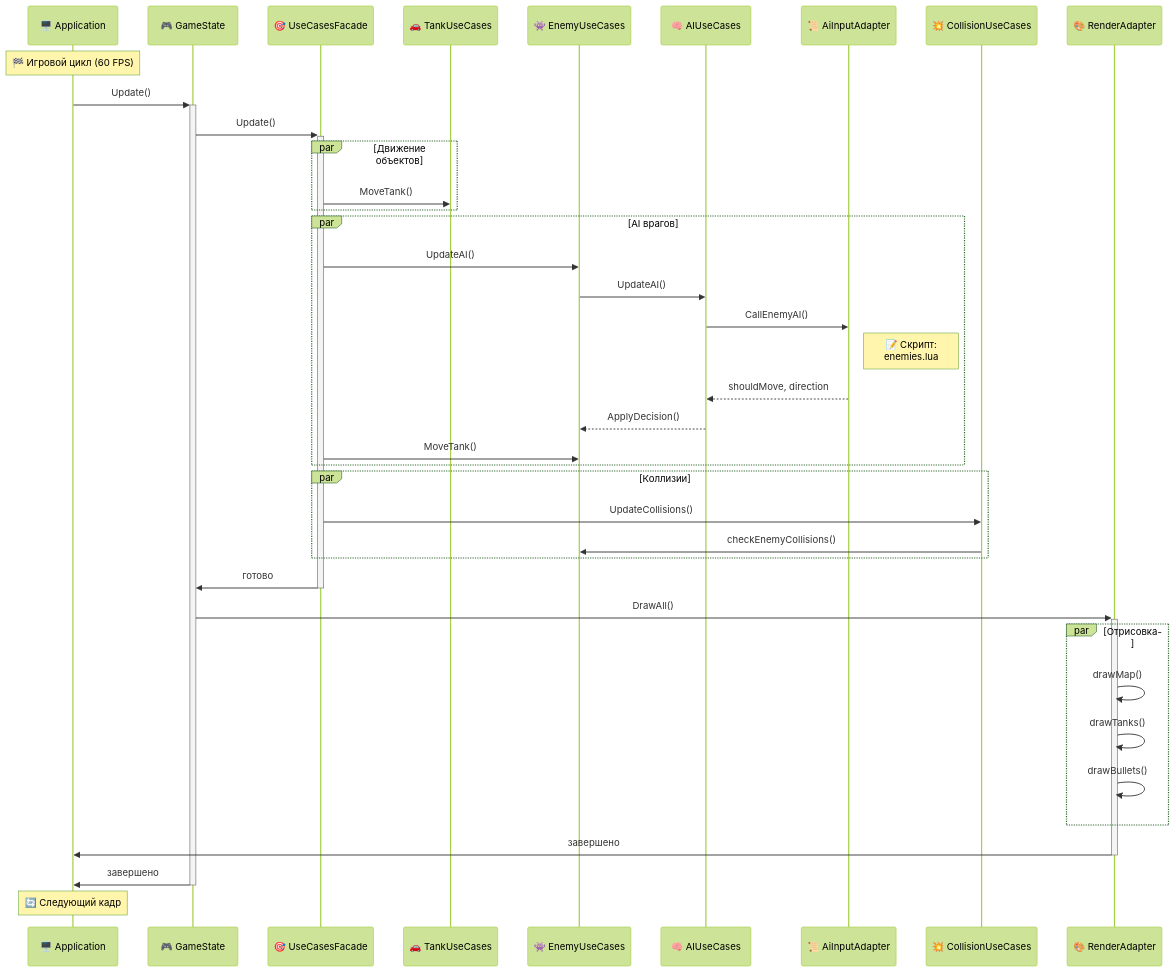
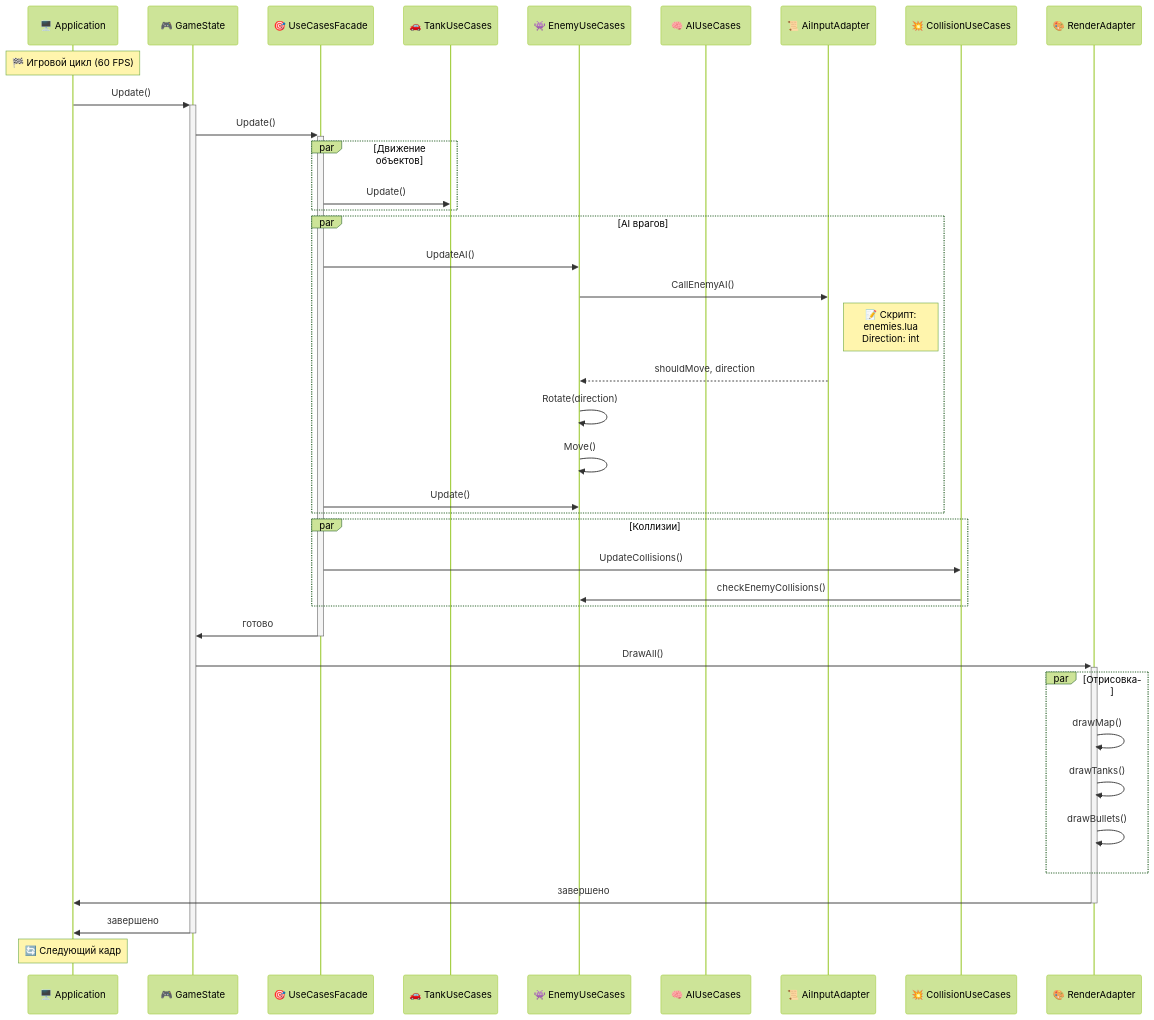
Before and after one commit to shpaker/tnk9x: the third of 3 diagrams in README.md, drawn with Mermaid (forest theme). The commit also changed other lines of this file and 11 other files, not shown here.

````diff
--- a/README.md
+++ b/README.md
@@ -222,49 +226,49 @@
 ```mermaid
 sequenceDiagram
     participant App as 🖥️ Application
     participant State as 🎮 GameState
     participant Facade as 🎯 UseCasesFacade
     participant Tank as 🚗 TankUseCases
     participant Enemy as 👾 EnemyUseCases
     participant AI as 🧠 AIUseCases
     participant AiInput as 📜 AiInputAdapter
     participant Collision as 💥 CollisionUseCases
     participant Render as 🎨 RenderAdapter
     
     Note over App: 🏁 Игровой цикл (60 FPS)
     
     App->>+State: Update()
     State->>+Facade: Update()
     
     par Движение объектов
-        Facade->>Tank: MoveTank()
+        Facade->>Tank: Update()
     end
     
     par AI врагов
         Facade->>Enemy: UpdateAI()
-        Enemy->>AI: UpdateAI()
-        AI->>AiInput: CallEnemyAI()
-        Note right of AiInput: 📝 Скрипт:<br/>enemies.lua
-        AiInput-->>AI: shouldMove, direction
-        AI-->>Enemy: ApplyDecision()
-        Facade->>Enemy: MoveTank()
+        Enemy->>AiInput: CallEnemyAI()
+        Note right of AiInput: 📝 Скрипт:<br/>enemies.lua<br/>Direction: int
+        AiInput-->>Enemy: shouldMove, direction
+        Enemy->>Enemy: Rotate(direction)
+        Enemy->>Enemy: Move()
+        Facade->>Enemy: Update()
     end
     
     par Коллизии
         Facade->>Collision: UpdateCollisions()
         Collision->>Enemy: checkEnemyCollisions()
     end
     
     Facade->>-State: готово
     State->>+Render: DrawAll()
     
     par Отрисовка
         Render->>Render: drawMap()
         Render->>Render: drawTanks()
         Render->>Render: drawBullets()
     end
     
     Render->>-App: завершено
     State->>-App: завершено
     Note over App: 🔄 Следующий кадр
 ```
````
